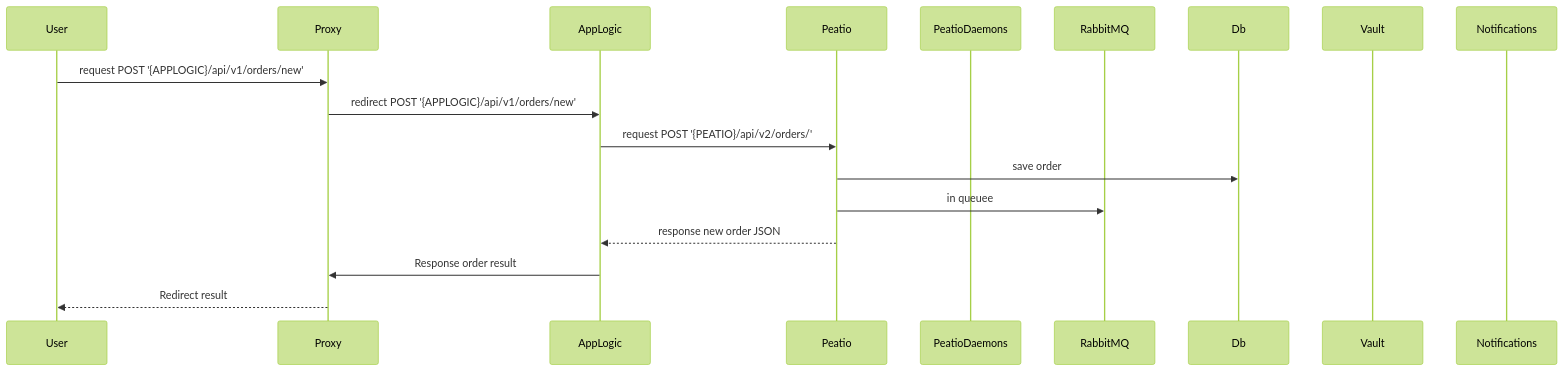
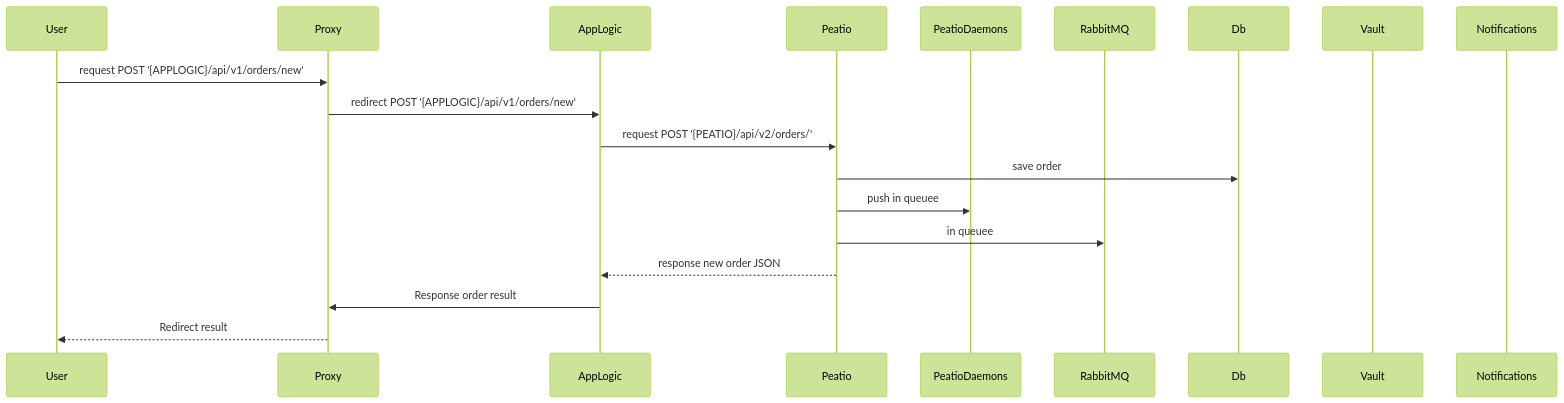
The fifth of 10 diagrams in README.md (sergii-savchenko/rkcp_arch), drawn with Mermaid (forest theme) before and after one commit. The commit also changed 2 other files, not shown here.

````diff
--- a/README.md
+++ b/README.md
@@ -196,23 +196,24 @@
 ```mermaid
 sequenceDiagram
     participant User
     participant Proxy
     participant AppLogic
     participant Peatio
     participant PeatioDaemons
     participant RabbitMQ
     participant Db
     participant Vault
     participant Notifications
 
     User->>Proxy: request POST '{APPLOGIC}/api/v1/orders/new'
     Proxy->>AppLogic: redirect POST '{APPLOGIC}/api/v1/orders/new'
     
     AppLogic->>Peatio: request POST '{PEATIO}/api/v2/orders/'
     Peatio->>Db: save order
+    Peatio->>PeatioDaemons: push in queuee
     Peatio->>RabbitMQ: in queuee
     Peatio-->>AppLogic: response new order JSON
 
     AppLogic->>Proxy: Response order result
     Proxy-->>User: Redirect result
 ```
````
